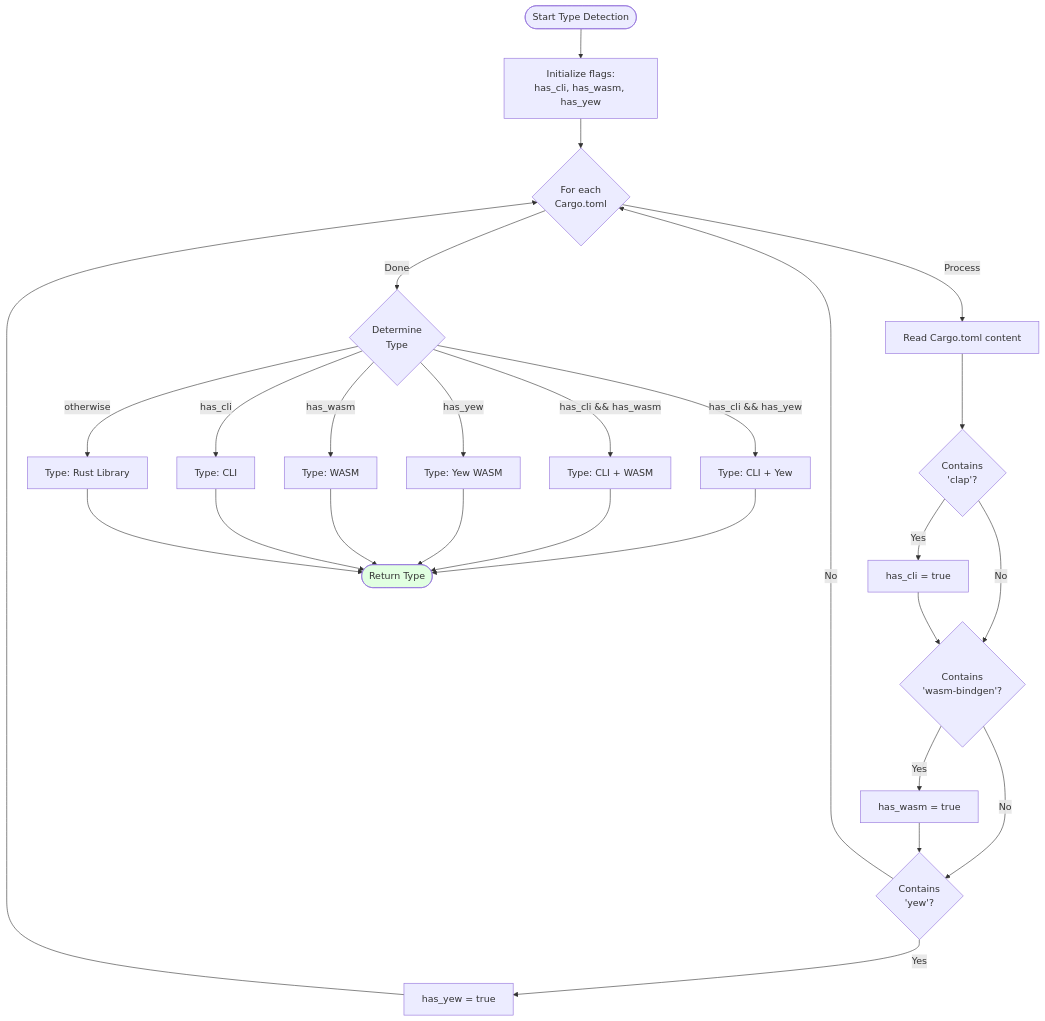
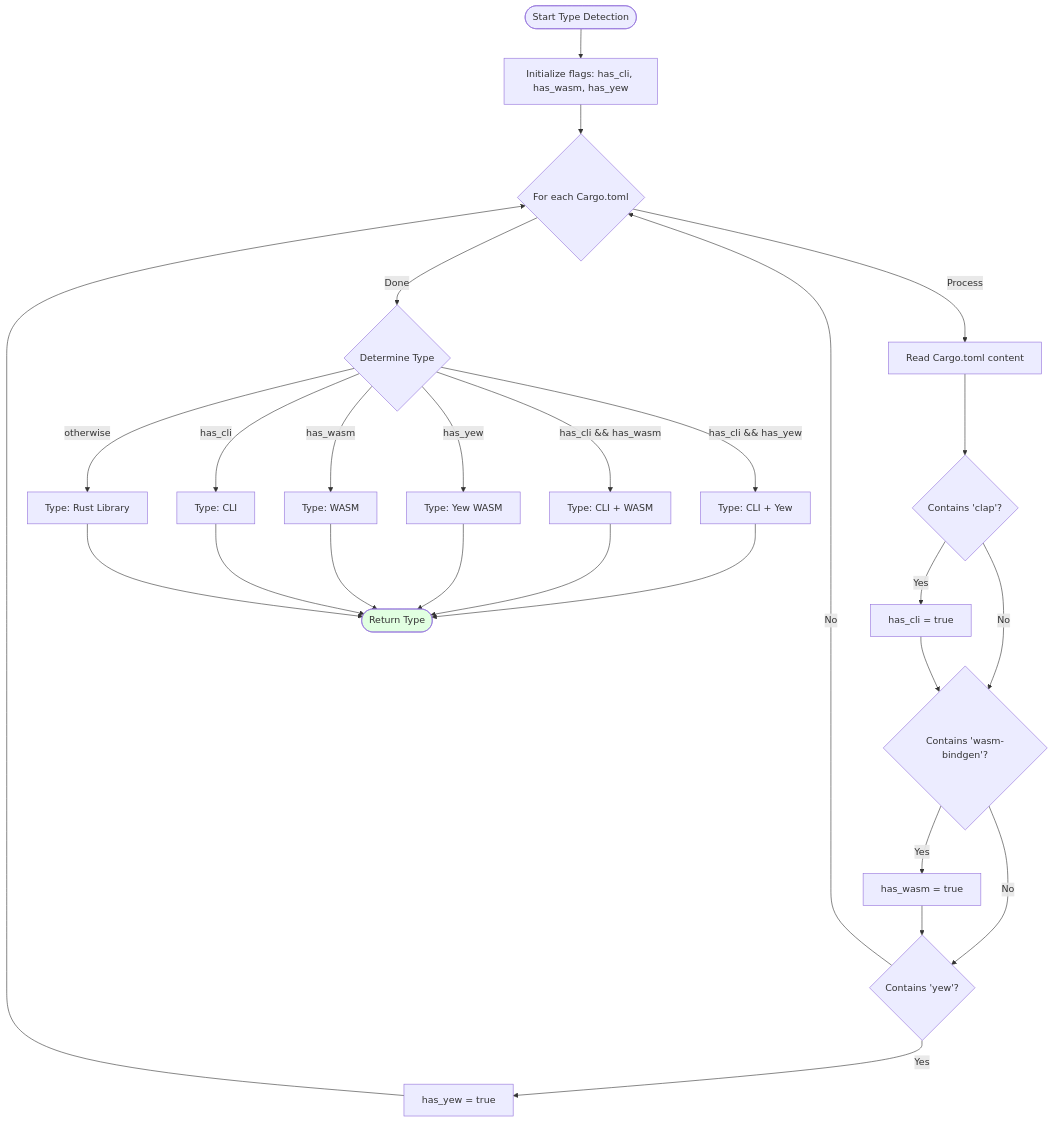
Before and after one commit to softwarewrighter/sw-checklist: the fourth of 12 diagrams in wiki/System-Flows.md, drawn with Mermaid. The commit also changed other lines of this file and 7 other files, not shown here.

````diff
--- a/wiki/System-Flows.md
+++ b/wiki/System-Flows.md
@@ -163,39 +163,39 @@
 ```mermaid
 flowchart TD
-    Start([Start Type Detection]) --> Init[Initialize flags:<br/>has_cli, has_wasm, has_yew]
+    Start([Start Type Detection]) --> Init[Initialize flags: has_cli, has_wasm, has_yew]
 
-    Init --> LoopStart{For each<br/>Cargo.toml}
+    Init --> LoopStart{For each Cargo.toml}
 
     LoopStart -->|Process| Read[Read Cargo.toml content]
-    Read --> CheckClap{Contains<br/>'clap'?}
+    Read --> CheckClap{Contains 'clap'?}
     CheckClap -->|Yes| SetCLI[has_cli = true]
-    CheckClap -->|No| CheckWasm{Contains<br/>'wasm-bindgen'?}
+    CheckClap -->|No| CheckWasm{Contains 'wasm-bindgen'?}
 
     SetCLI --> CheckWasm
     CheckWasm -->|Yes| SetWasm[has_wasm = true]
-    CheckWasm -->|No| CheckYew{Contains<br/>'yew'?}
+    CheckWasm -->|No| CheckYew{Contains 'yew'?}
 
     SetWasm --> CheckYew
     CheckYew -->|Yes| SetYew[has_yew = true]
     CheckYew -->|No| LoopStart
 
     SetYew --> LoopStart
 
-    LoopStart -->|Done| Determine{Determine<br/>Type}
+    LoopStart -->|Done| Determine{Determine Type}
 
     Determine -->|has_cli && has_yew| TypeCLIYew[Type: CLI + Yew]
     Determine -->|has_cli && has_wasm| TypeCLIWasm[Type: CLI + WASM]
     Determine -->|has_yew| TypeYew[Type: Yew WASM]
     Determine -->|has_wasm| TypeWasm[Type: WASM]
     Determine -->|has_cli| TypeCLI[Type: CLI]
     Determine -->|otherwise| TypeLib[Type: Rust Library]
 
     TypeCLIYew --> Return([Return Type])
     TypeCLIWasm --> Return
     TypeYew --> Return
     TypeWasm --> Return
     TypeCLI --> Return
     TypeLib --> Return
 
     style Return fill:#e1ffe1
 ```
````
